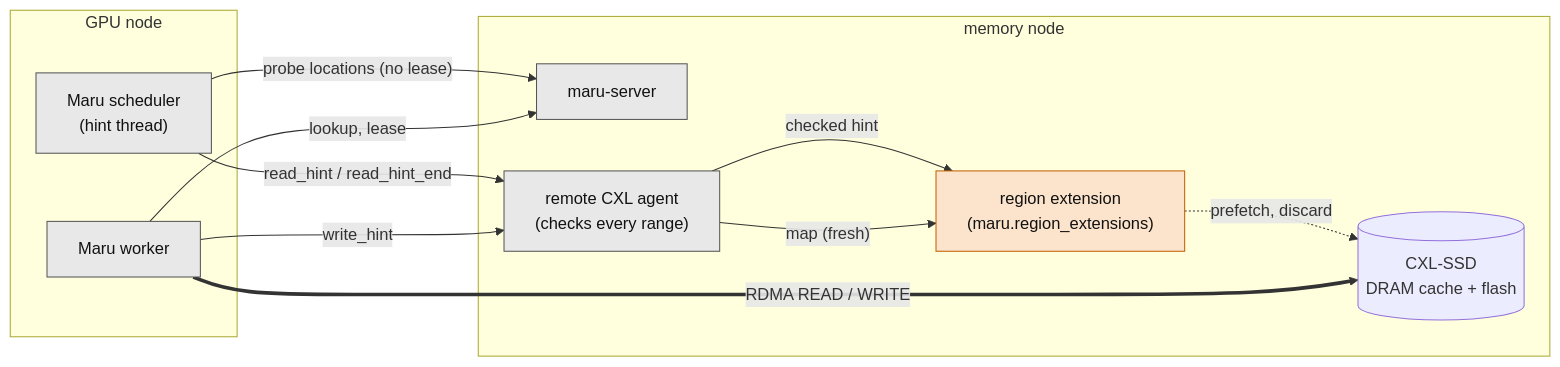
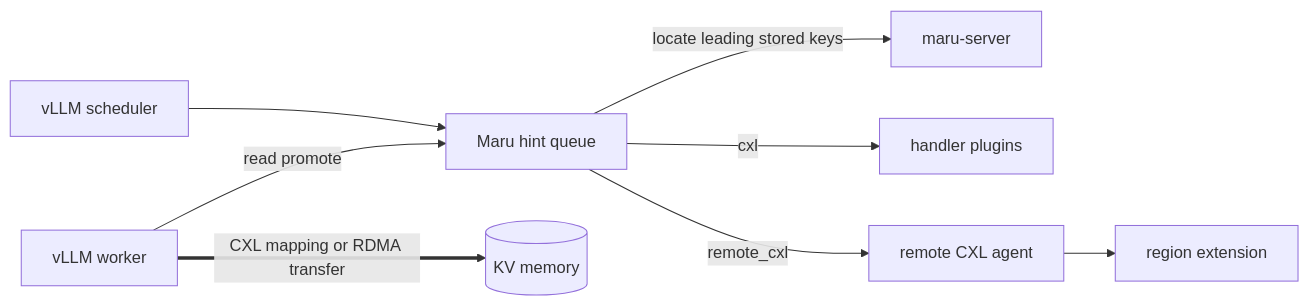
One commit to xcena-dev/maru changed the first of 2 diagrams in docs/source/design_doc/read_hints.md. Above: the diagram before and after it, drawn with Mermaid. The commit also changed other lines of this file and 10 other files, not shown here.

First line of the commit message:
feat(handler): add read hint callbacks for local CXL plugins (#137)

````diff
--- a/docs/source/design_doc/read_hints.md
+++ b/docs/source/design_doc/read_hints.md
@@ -40,25 +11,10 @@
 ```mermaid
 flowchart LR
-  subgraph gpu["GPU node"]
-    sch["Maru scheduler<br/>(hint thread)"]
-    wrk["Maru worker"]
-  end
-  subgraph mem["memory node"]
-    ms["maru-server"]
-    ag["remote CXL agent<br/>(checks every range)"]
-    ext["region extension<br/>(maru.region_extensions)"]
-    dev[("CXL-SSD<br/>DRAM cache + flash")]
-  end
-  sch -->|"probe locations (no lease)"| ms
-  sch -->|"read_hint / read_hint_end"| ag
-  ag -->|"checked hint"| ext
-  ag -->|"map (fresh)"| ext
-  ext -.->|"prefetch, discard"| dev
-  wrk -->|"write_hint"| ag
-  wrk -->|"lookup, lease"| ms
-  wrk ==>|"RDMA READ / WRITE"| dev
-  classDef maru fill:#e8e8e8,stroke:#555,color:#111
-  classDef pkg fill:#fbe3cc,stroke:#c06000,color:#111
-  class sch,wrk,ms,ag maru
-  class ext pkg
+  S["vLLM scheduler"] --> H["Maru hint queue"]
+  W["vLLM worker"] -->|"read promote"| H
+  H -->|"locate leading stored keys"| M["maru-server"]
+  H -->|"cxl"| P["handler plugins"]
+  H -->|"remote_cxl"| A["remote CXL agent"]
+  A --> E["region extension"]
+  W ==>|"CXL mapping or RDMA transfer"| K[("KV memory")]
 ```
````
